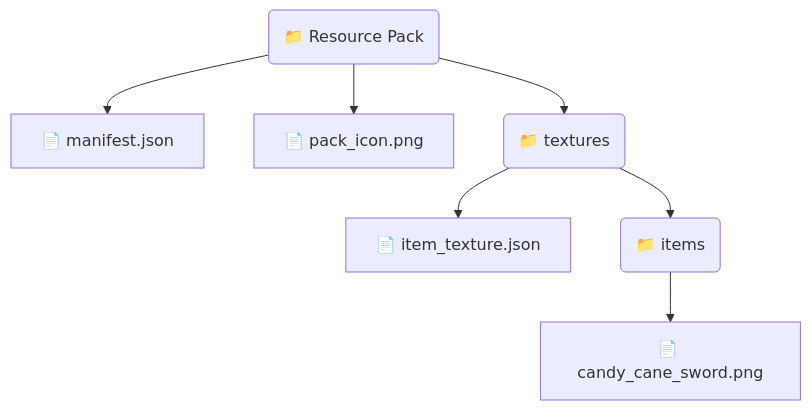
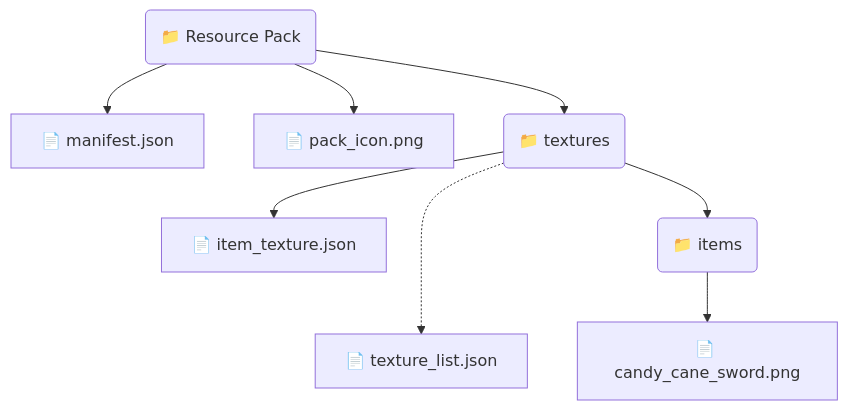
Before and after one commit to MemoriesOfTime/Nukkit-MOT-Wiki: the second of 3 diagrams in i18n/zh/docusaurus-plugin-content-docs/current/tutorial-extras/custom/custom_item.mdx, drawn with Mermaid. The commit also changed other lines of this file and 1 other file, not shown here.

````diff
--- a/i18n/zh/docusaurus-plugin-content-docs/current/tutorial-extras/custom/custom_item.mdx
+++ b/i18n/zh/docusaurus-plugin-content-docs/current/tutorial-extras/custom/custom_item.mdx
@@ -189,9 +190,10 @@
 ```mermaid
 graph TD;
     RP("📁 Resource Pack") --> manifest["📄 manifest.json"];
     RP --> pack_icon["📄 pack_icon.png"];
     RP --> textures("📁 textures");
+    textures -..-> texture_list["📄 texture_list.json"];
     textures --> item_texture["📄 item_texture.json"];
     textures --> items("📁 items");
     items --> candy_cane_sword["📄 candy_cane_sword.png"];
 ```
````
